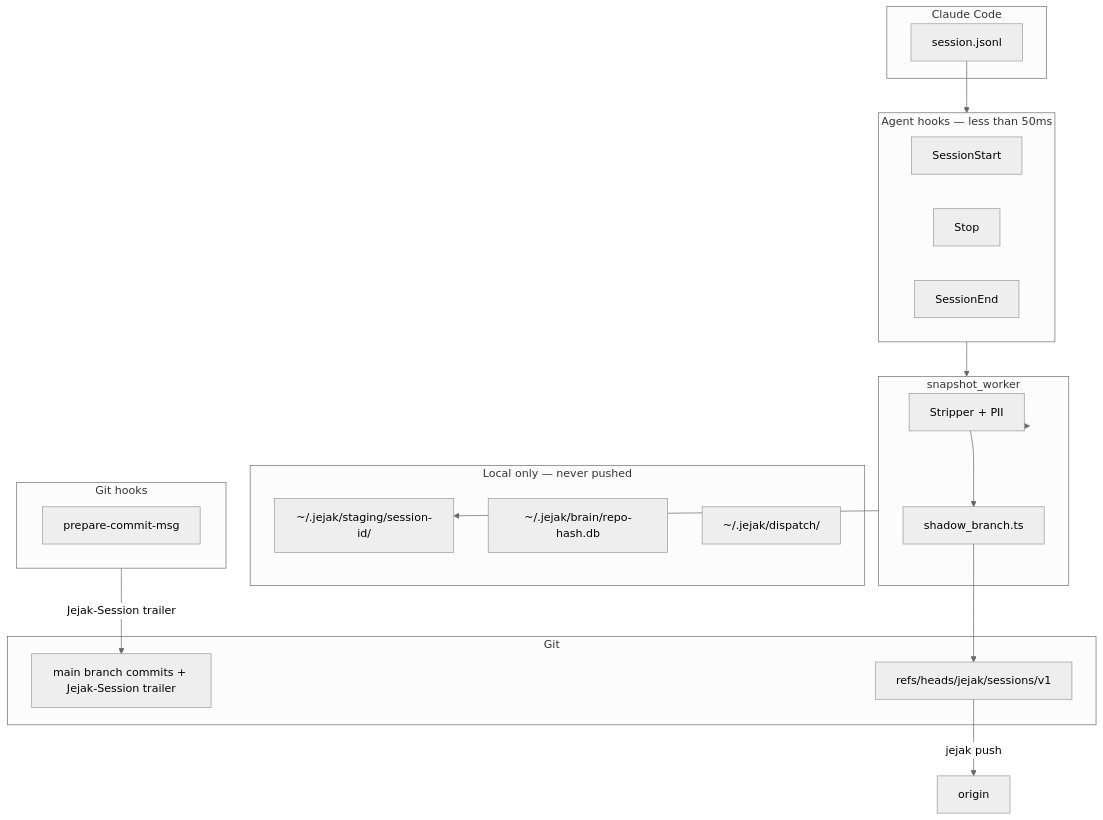
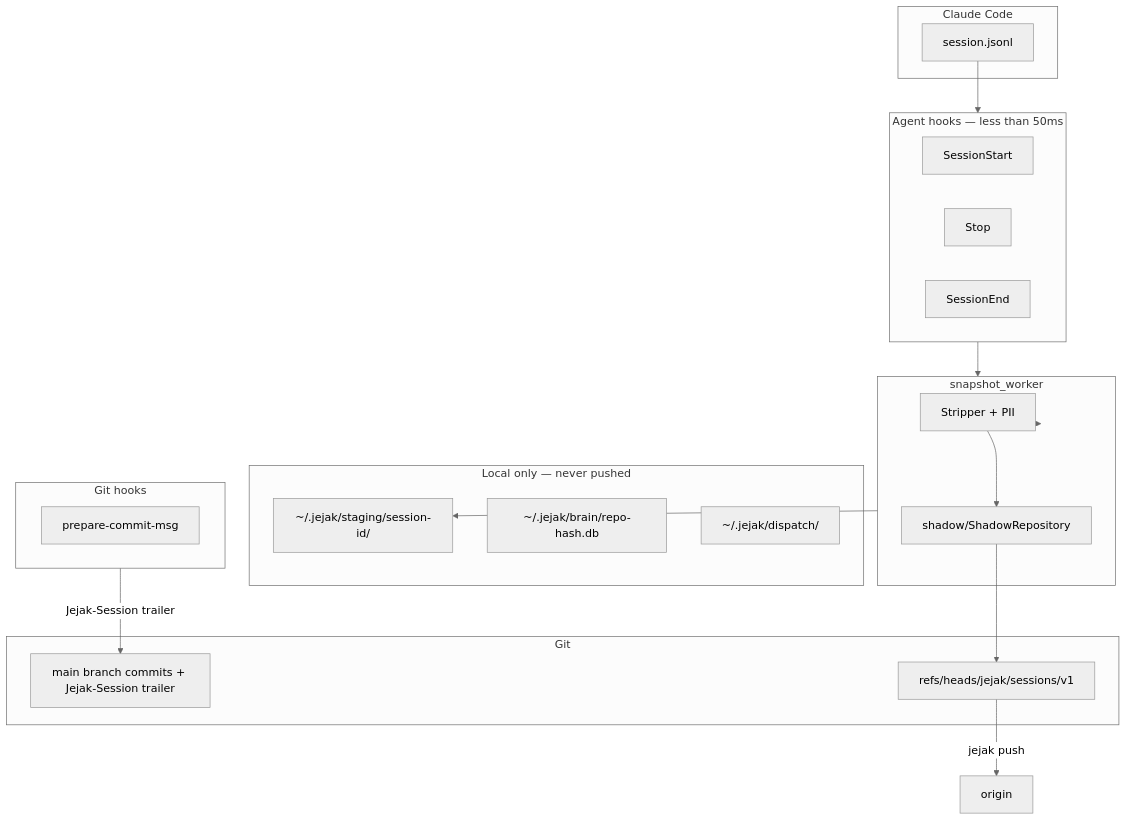
The first of 3 diagrams in docs/DESIGN-LLD.md (pluangtech/jejak), drawn with Mermaid (neutral theme) before and after one commit. The commit also changed other lines of this file and 15 other files, not shown here.

````diff
--- a/docs/DESIGN-LLD.md
+++ b/docs/DESIGN-LLD.md
@@ -122,38 +122,38 @@
 ```mermaid
 flowchart TB
     subgraph Agents["Claude Code"]
         CC[session.jsonl]
     end
 
     subgraph AgentHooks["Agent hooks — less than 50ms"]
         SS[SessionStart]
         ST[Stop]
         SE[SessionEnd]
     end
 
     subgraph GitHooks["Git hooks"]
         PCM[prepare-commit-msg]
     end
 
     subgraph Local["Local only — never pushed"]
         STAGE["~/.jejak/staging/session-id/"]
         LEDGER["~/.jejak/brain/repo-hash.db"]
         DISPATCH["~/.jejak/dispatch/"]
     end
 
     subgraph Worker["snapshot_worker"]
         STRIP[Stripper + PII]
-        WRITER[shadow_branch.ts]
+        WRITER[shadow/ShadowRepository]
     end
 
     subgraph Git["Git"]
         MAIN[main branch commits + Jejak-Session trailer]
         SHADOW["refs/heads/jejak/sessions/v1"]
     end
 
     CC --> AgentHooks --> Worker
     Worker --> STAGE
     Worker --> STRIP --> WRITER --> SHADOW
     GitHooks -->|"Jejak-Session trailer"| MAIN
     SHADOW -->|"jejak push"| Origin[origin]
 ```
````
